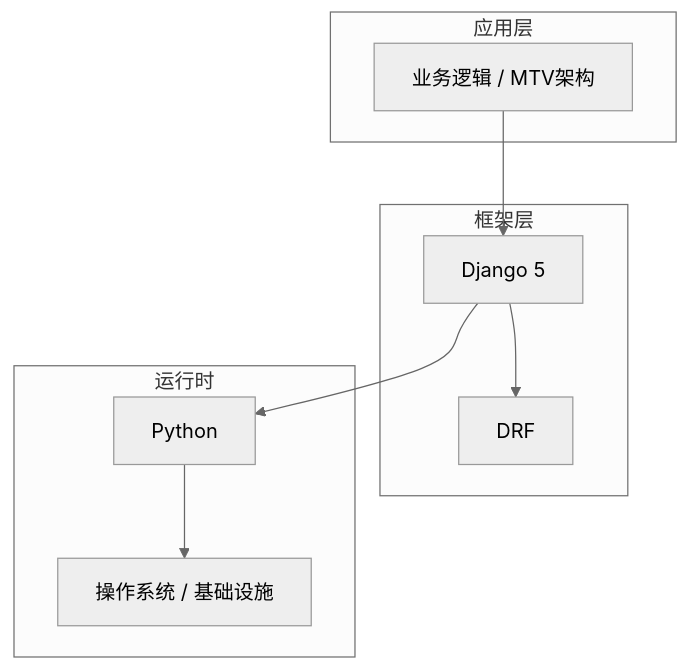
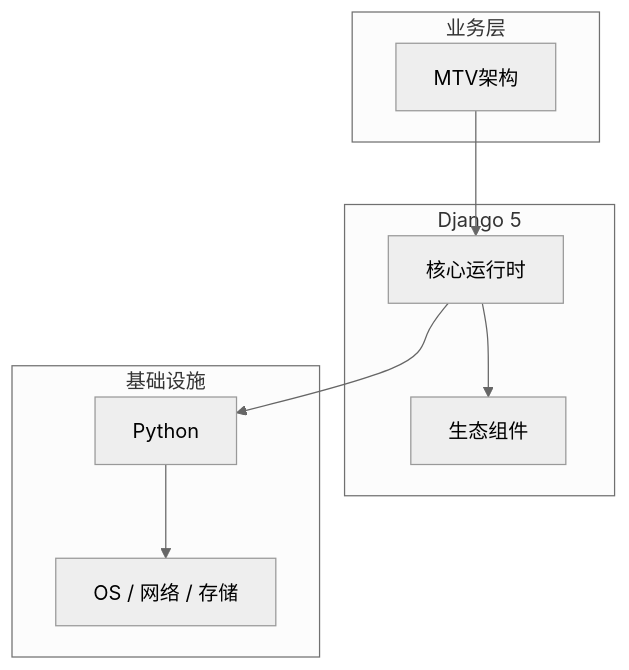
The diagram in articles/Django/chapters/007-MTV架构核心概念与原理.md (yanggan2015/knowledge-json-v2), drawn with Mermaid (neutral theme) before and after one commit. The commit also changed other lines of this file and 10127 other files, not shown here.

````diff
--- a/articles/Django/chapters/007-MTV架构核心概念与原理.md
+++ b/articles/Django/chapters/007-MTV架构核心概念与原理.md
@@ -45,18 +34,18 @@
 ```mermaid
 graph TB
-    subgraph 应用层
-        A[业务逻辑 / MTV架构]
+    subgraph 业务层
+        A[MTV架构]
     end
-    subgraph 框架层
-        B[Django 5]
-        C[DRF]
+    subgraph Django 5
+        B[核心运行时]
+        C[生态组件]
     end
-    subgraph 运行时
+    subgraph 基础设施
         D[Python]
-        E[操作系统 / 基础设施]
+        E[OS / 网络 / 存储]
     end
     A --> B
     B --> C
     B --> D
     D --> E
 ```
````
